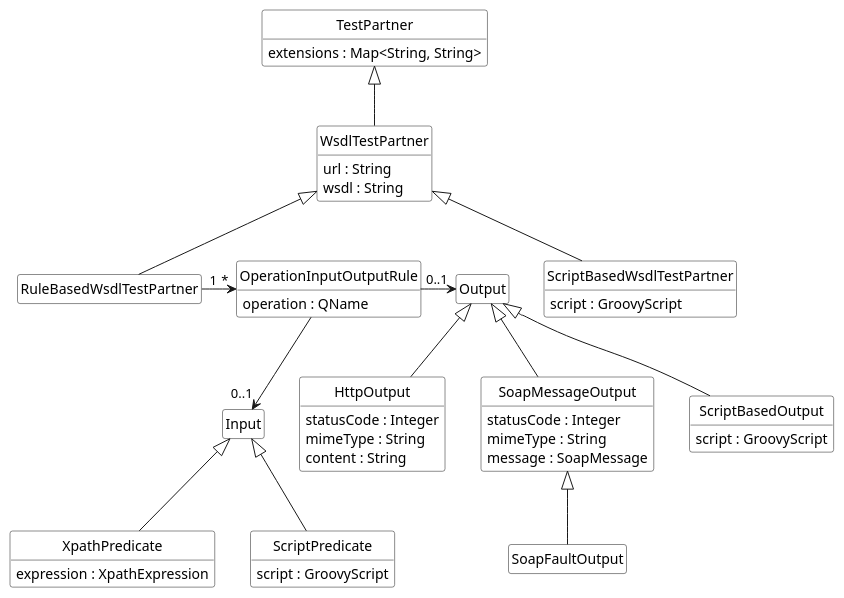
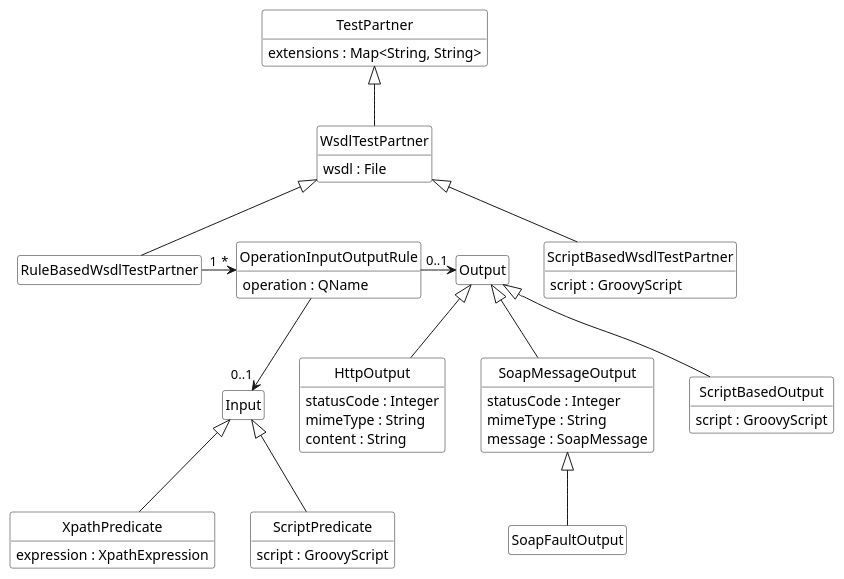
One commit to uniba-dsg/betsy changed the diagram in pebl/doc/benchmark-test-partner.puml. Above: the diagram before and after it, drawn with PlantUML.

Commit message:
use wsdl file

```diff
--- a/pebl/doc/benchmark-test-partner.puml
+++ b/pebl/doc/benchmark-test-partner.puml
@@ -1,62 +1,59 @@
 @startuml
 
    class WsdlTestPartner extends TestPartner {
-     url : String
-     wsdl : String
+     wsdl : File
    }
    class RuleBasedWsdlTestPartner extends WsdlTestPartner
    class ScriptBasedWsdlTestPartner extends WsdlTestPartner {
      script : GroovyScript
    }
 
    class OperationInputOutputRule {
         operation : QName
    }
-
-
 
    class Input
    class XpathPredicate extends Input {
      expression : XpathExpression
    }
    class ScriptPredicate extends Input {
       script : GroovyScript
    }
 
 
    class Output
    class HttpOutput extends Output {
        statusCode : Integer
        mimeType : String
        content : String
    }
    class SoapMessageOutput extends Output {
         statusCode : Integer
         mimeType : String
       message : SoapMessage
       }
    class SoapFaultOutput extends SoapMessageOutput
    class ScriptBasedOutput extends Output {
        script : GroovyScript
    }
 
 
 
 	class TestPartner {
 	 extensions : Map<String, String>
 	}
 
 
 RuleBasedWsdlTestPartner "1" -right-> "*" OperationInputOutputRule
 OperationInputOutputRule -down-> "0..1" Input
 OperationInputOutputRule -right-> "0..1" Output
 
 hide empty members
 hide empty methods
 hide circle
 
 skinparam monochrome true
 skinparam shadowing false
 skinparam packageStyle rect
 skinparam classBackgroundColor white
 @enduml
```
